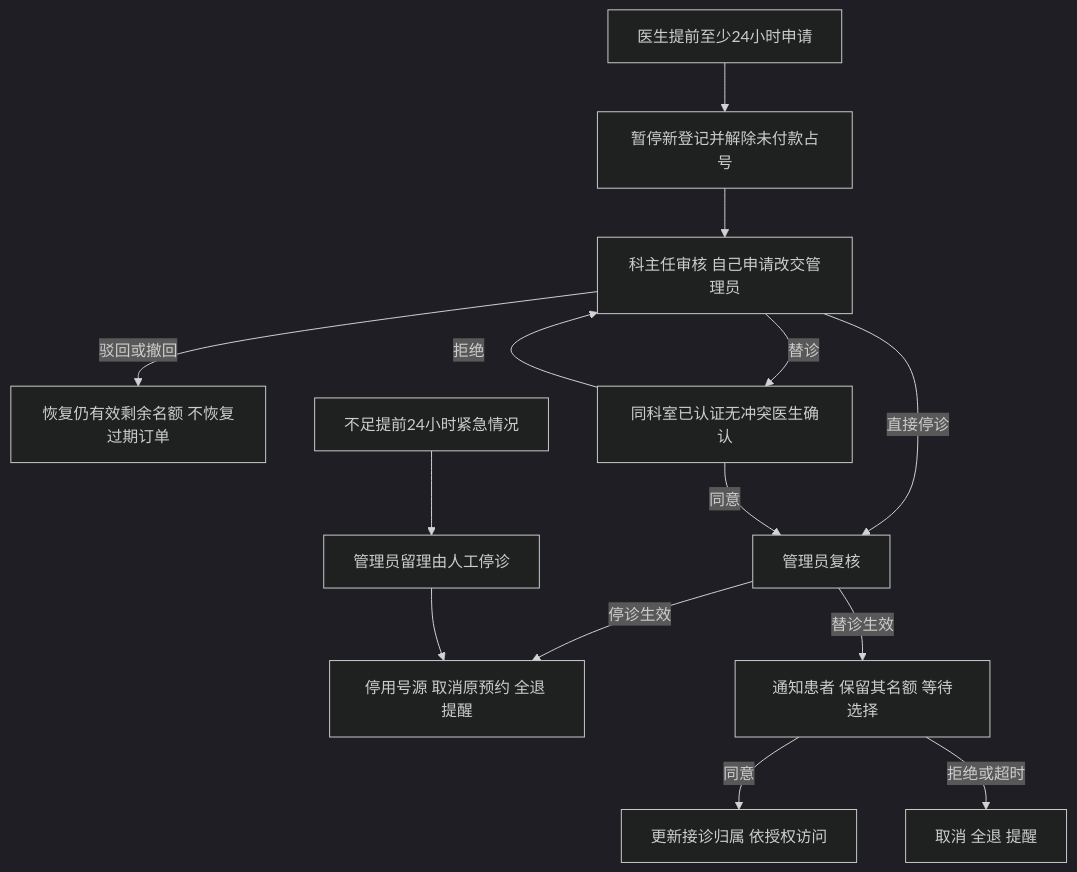
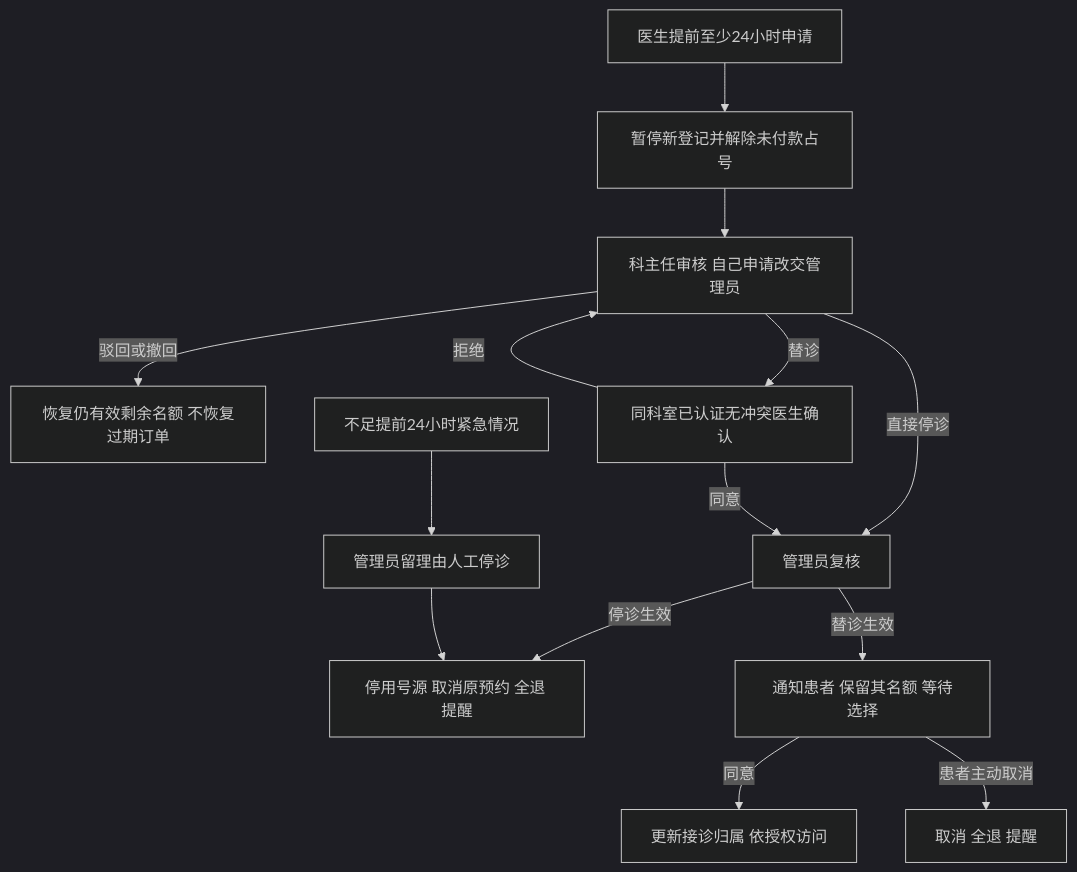
The seventh of 7 diagrams in docs/design/architecture.md (hanyiyo/My-Git), drawn with Mermaid (dark theme) before and after one commit. The commit also changed other lines of this file and 22 other files, not shown here.

Commit message:
feat: align substitution and patient AI flows

````diff
--- a/docs/design/architecture.md
+++ b/docs/design/architecture.md
@@ -197,16 +197,16 @@
 ```mermaid
 flowchart TD
     Submit[医生提前至少24小时申请] --> Pause[暂停新登记并解除未付款占号]
     Pause --> Head[科主任审核 自己申请改交管理员]
     Head -->|驳回或撤回| Restore[恢复仍有效剩余名额 不恢复过期订单]
     Head -->|直接停诊| Review[管理员复核]
     Head -->|替诊| Invite[同科室已认证无冲突医生确认]
     Invite -->|拒绝| Head
     Invite -->|同意| Review
     Review -->|停诊生效| Stop[停用号源 取消原预约 全退 提醒]
     Review -->|替诊生效| Choice[通知患者 保留其名额 等待选择]
     Choice -->|同意| Transfer[更新接诊归属 依授权访问]
-    Choice -->|拒绝或超时| Cancel[取消 全退 提醒]
+    Choice -->|患者主动取消| Cancel[取消 全退 提醒]
     Emergency[不足提前24小时紧急情况] --> AdminAction[管理员留理由人工停诊]
     AdminAction --> Stop
 ```
````
